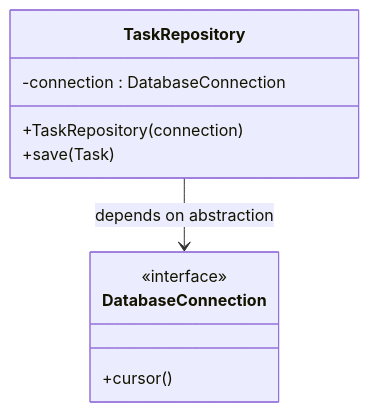
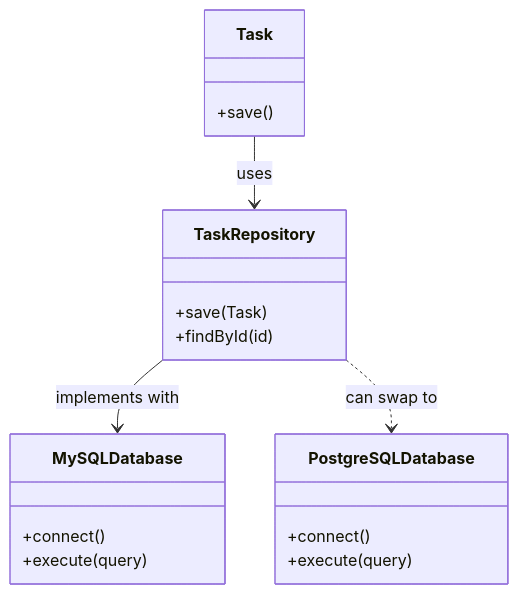
Before and after one commit to suli-g/stratum: the fourth of 10 diagrams in docs/level-1/L02.md, drawn with Mermaid. The commit also changed other lines of this file, not shown here.

Commit message:
Draft: Updated version of task 2 - to be submitted for comparison.

````diff
--- a/docs/level-1/L02.md
+++ b/docs/level-1/L02.md
@@ -112,13 +132,22 @@
 ```{mermaid}
 classDiagram
+    class Task {
+        +save()
+    }
     class TaskRepository {
-        -connection : DatabaseConnection
-        +TaskRepository(connection)
         +save(Task)
+        +findById(id)
     }
-    class DatabaseConnection {
-        <<interface>>
-        +cursor()
+    class MySQLDatabase {
+        +connect()
+        +execute(query)
     }
-    TaskRepository --> DatabaseConnection : depends on abstraction
+    class PostgreSQLDatabase {
+        +connect()
+        +execute(query)
+    }
+    
+    Task --> TaskRepository : uses
+    TaskRepository --> MySQLDatabase : implements with
+    TaskRepository ..> PostgreSQLDatabase : can swap to
 ```
````
